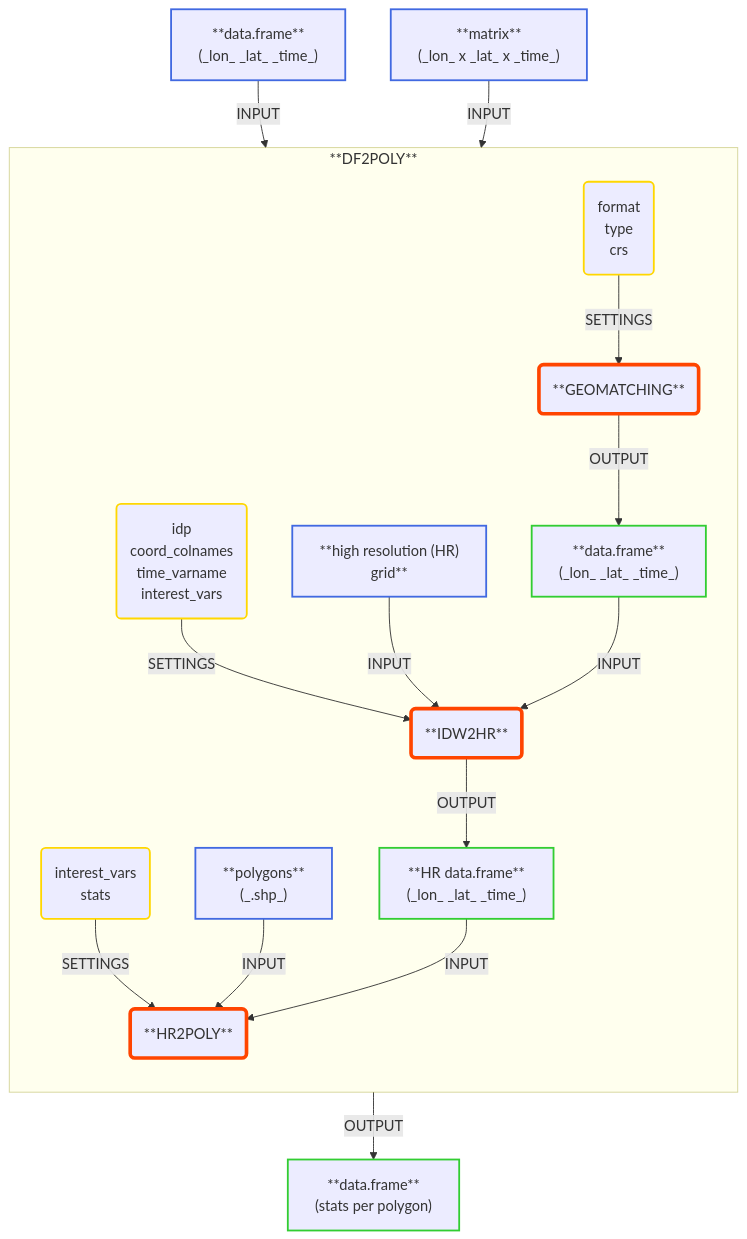
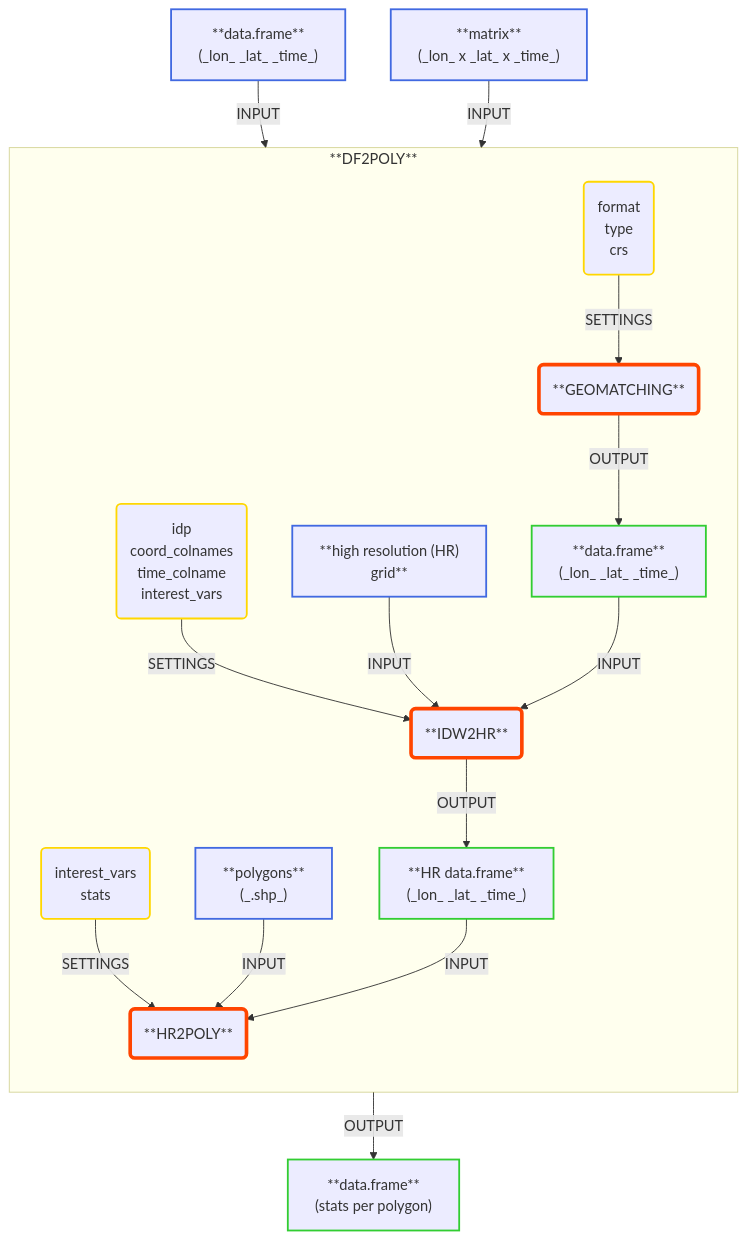
Before and after one commit to GRINS-Spoke0-WP2/geotools: the diagram in README.md, drawn with Mermaid.

````diff
--- a/README.md
+++ b/README.md
@@ -32,71 +32,71 @@
 ```mermaid
 flowchart TB
 
     %% input nodes
     input1a["**data.frame**
         (_lon_ _lat_ _time_)"]:::input
     input1b["**matrix**
         (_lon_ x _lat_ x _time_)"]:::input
     
     %% output node
     output3["**data.frame**
         (stats per polygon)"]:::output
 
     subgraph main_flow [**DF2POLY**]
         direction TB
         style main_flow opacity:.5
 
         %% input nodes
         input2b["**high resolution (HR)
             grid**"]:::input
         input3b["**polygons**
             (_.shp_)"]:::input
 
         %% function nodes
         function1("**GEOMATCHING**"):::function
         function2("**IDW2HR**"):::function
         function3("**HR2POLY**"):::function
 
         %% settings nodes
         settings1("format
             type
             crs"):::settings
         settings2("idp
             coord_colnames
-            time_varname
+            time_colname
             interest_vars
             "):::settings
         settings3("
             interest_vars
             stats
             "):::settings
 
         %% output nodes
         output1["**data.frame**
             (_lon_ _lat_ _time_)"]:::output
         output2["**HR data.frame**
             (_lon_ _lat_ _time_)"]:::output
 
         %% relations
         settings1 --> |"SETTINGS"| function1
         settings2 --> |"SETTINGS"| function2
         input2b -->|"INPUT"| function2
         output1 -->|"INPUT"| function2
         function2 -->|"OUTPUT"| output2
         settings3 --> |"SETTINGS"| function3
         input3b -->|"INPUT"| function3
         output2 -->|"INPUT"| function3
     end
 
     %% relations
     input1a -->|"INPUT"| function1
     input1b -->|"INPUT"| function1
     function1 -->|"OUTPUT"| output1
     function3 -->|"OUTPUT"| output3
 
     %% styles
     classDef input stroke:royalblue,stroke-width:2px;
     classDef function stroke:orangered,stroke-width:4px;
     classDef settings stroke:gold,stroke-width:2px;
     classDef output stroke:limegreen,stroke-width:2px;
 ```
````
